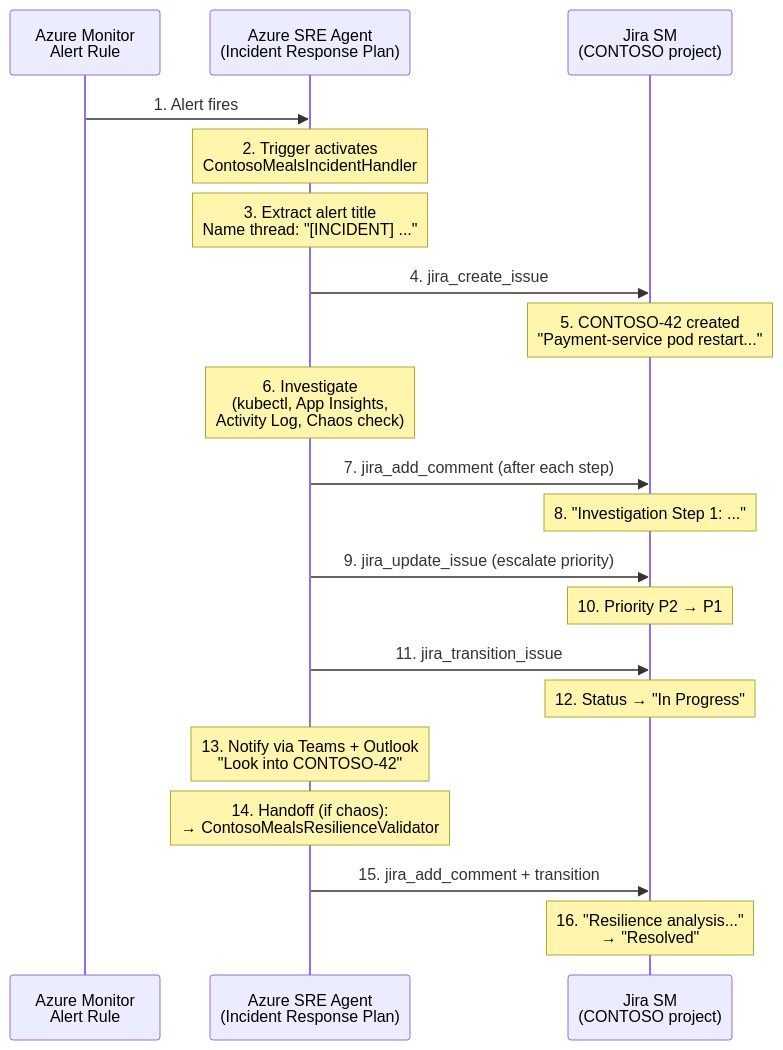
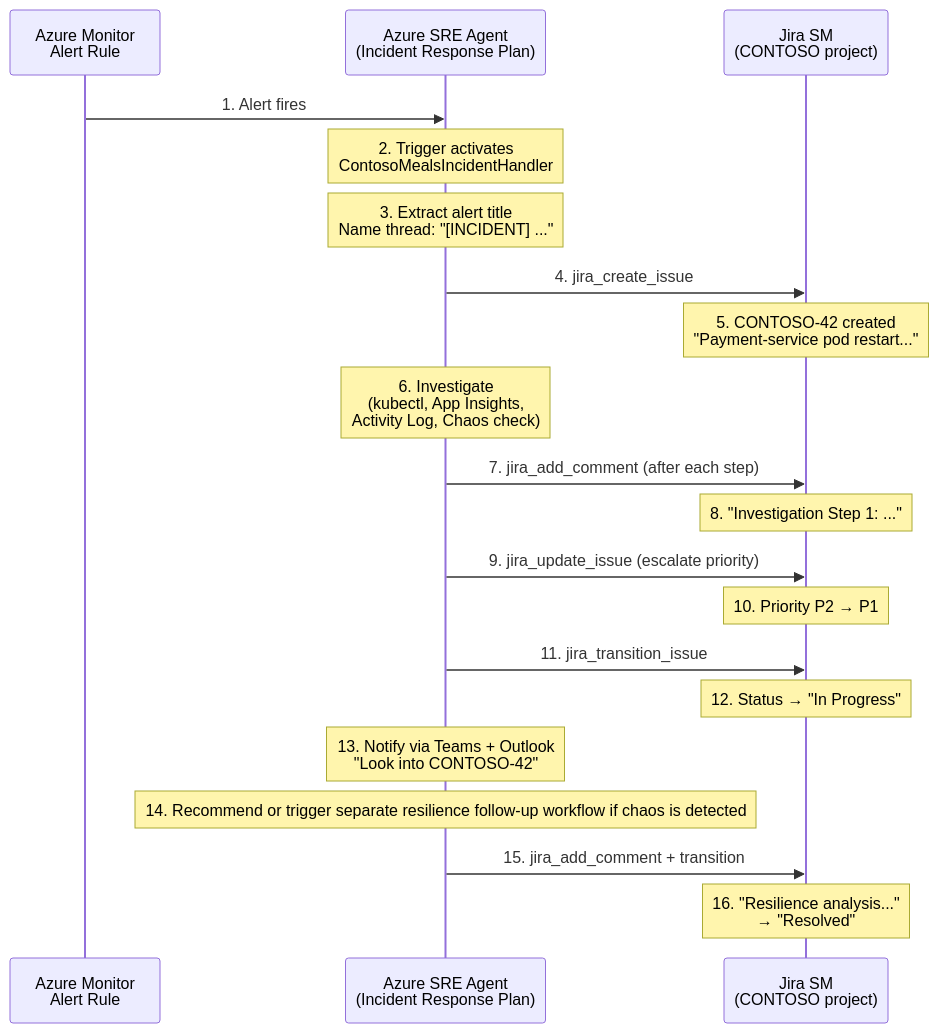
Before and after one commit to san360/azure-sre: the third of 3 diagrams in docs/incident-response-plan-research.md, drawn with Mermaid. The commit also changed other lines of this file and 12 other files, not shown here.

First line of the commit message:
Refactor auto-remediation proposal and incident response architecture

````diff
--- a/docs/incident-response-plan-research.md
+++ b/docs/incident-response-plan-research.md
@@ -229,23 +229,23 @@
 ```mermaid
 sequenceDiagram
     participant AM as Azure Monitor<br/>Alert Rule
     participant SRE as Azure SRE Agent<br/>(Incident Response Plan)
     participant JIRA as Jira SM<br/>(CONTOSO project)
 
     AM->>SRE: 1. Alert fires
     Note over SRE: 2. Trigger activates<br/>ContosoMealsIncidentHandler
     Note over SRE: 3. Extract alert title<br/>Name thread: "[INCIDENT] ..."
     SRE->>JIRA: 4. jira_create_issue
     Note over JIRA: 5. CONTOSO-42 created<br/>"Payment-service pod restart..."
     Note over SRE: 6. Investigate<br/>(kubectl, App Insights,<br/>Activity Log, Chaos check)
     SRE->>JIRA: 7. jira_add_comment (after each step)
     Note over JIRA: 8. "Investigation Step 1: ..."
     SRE->>JIRA: 9. jira_update_issue (escalate priority)
     Note over JIRA: 10. Priority P2 → P1
     SRE->>JIRA: 11. jira_transition_issue
     Note over JIRA: 12. Status → "In Progress"
     Note over SRE: 13. Notify via Teams + Outlook<br/>"Look into CONTOSO-42"
-    Note over SRE: 14. Handoff (if chaos):<br/>→ ContosoMealsResilienceValidator
+    Note over SRE: 14. Recommend or trigger separate resilience follow-up workflow if chaos is detected
     SRE->>JIRA: 15. jira_add_comment + transition
     Note over JIRA: 16. "Resilience analysis..."<br/>→ "Resolved"
 ```
````
